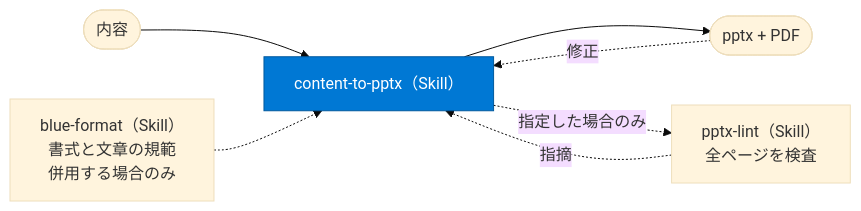
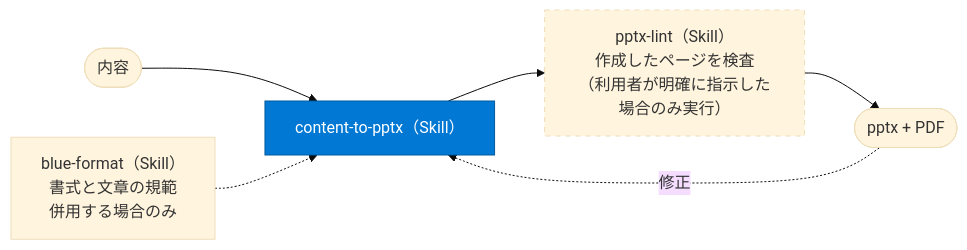
Before and after one commit to akitamoto-dev/pptx-as-code: the first of 2 diagrams in README.md, drawn with Mermaid (base theme). The commit also changed other lines of this file, not shown here.

Commit message:
README の作成方法の図と動作確認の手順を見直す

````diff
--- a/README.md
+++ b/README.md
@@ -28,16 +28,16 @@
 ```mermaid
 flowchart LR
     IN(["内容"])
     BF["blue-format（Skill）<br/>書式と文章の規範<br/>併用する場合のみ"]
     C2P["content-to-pptx（Skill）"]
-    LINT["pptx-lint（Skill）<br/>全ページを検査"]
+    LINT["pptx-lint（Skill）<br/>作成したページを検査<br/>（利用者が明確に指示した場合のみ実行）"]
     OUT(["pptx + PDF"])
 
     IN --> C2P
-    C2P --> OUT
+    C2P --> LINT
+    LINT --> OUT
     BF -.-> C2P
-    C2P -.->|指定した場合のみ| LINT
-    LINT -.->|指摘| C2P
     OUT -.->|修正| C2P
     style C2P fill:#0078D4,stroke:#005A9E,color:#ffffff
+    style LINT stroke-dasharray: 5 5
 ```
````
